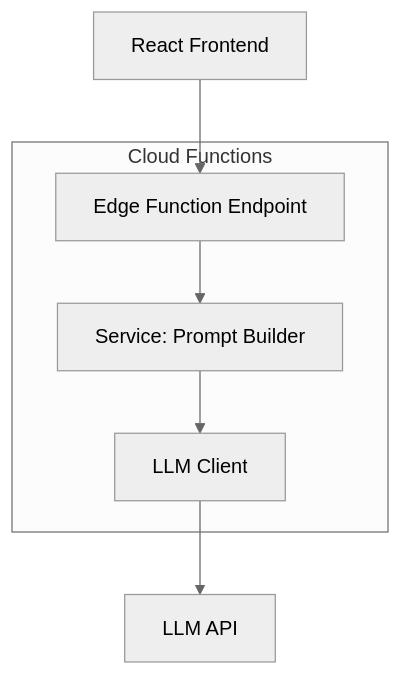
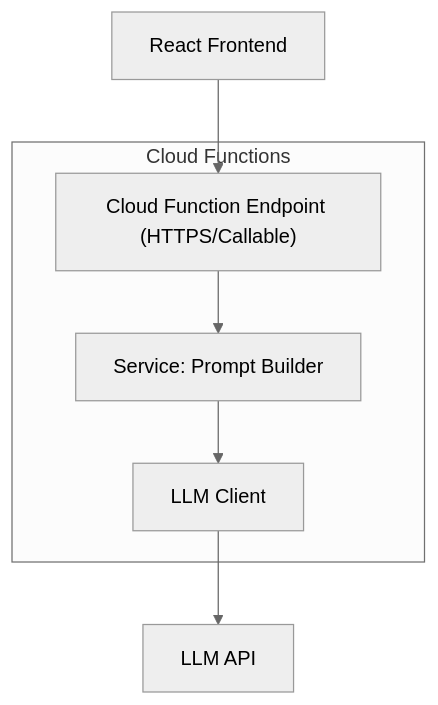
One commit to newcreatord-sudo/LifePet changed the third of 4 diagrams in .trae/documents/Architettura_Tecnica_LifePet_IT.md. Above: the diagram before and after it, drawn with Mermaid (neutral theme). The commit also changed other lines of this file and 369 other files, not shown here.

````diff
--- a/.trae/documents/Architettura_Tecnica_LifePet_IT.md
+++ b/.trae/documents/Architettura_Tecnica_LifePet_IT.md
@@ -102,13 +104,13 @@
 ```mermaid
 graph TD
-  A["React Frontend"] --> B["Edge Function Endpoint"]
+  A["React Frontend"] --> B["Cloud Function Endpoint (HTTPS/Callable)"]
   B --> C["Service: Prompt Builder"]
   C --> D["LLM Client"]
   D --> E["LLM API"]
 
   subgraph "Cloud Functions"
     B
     C
     D
   end
 ```
````
